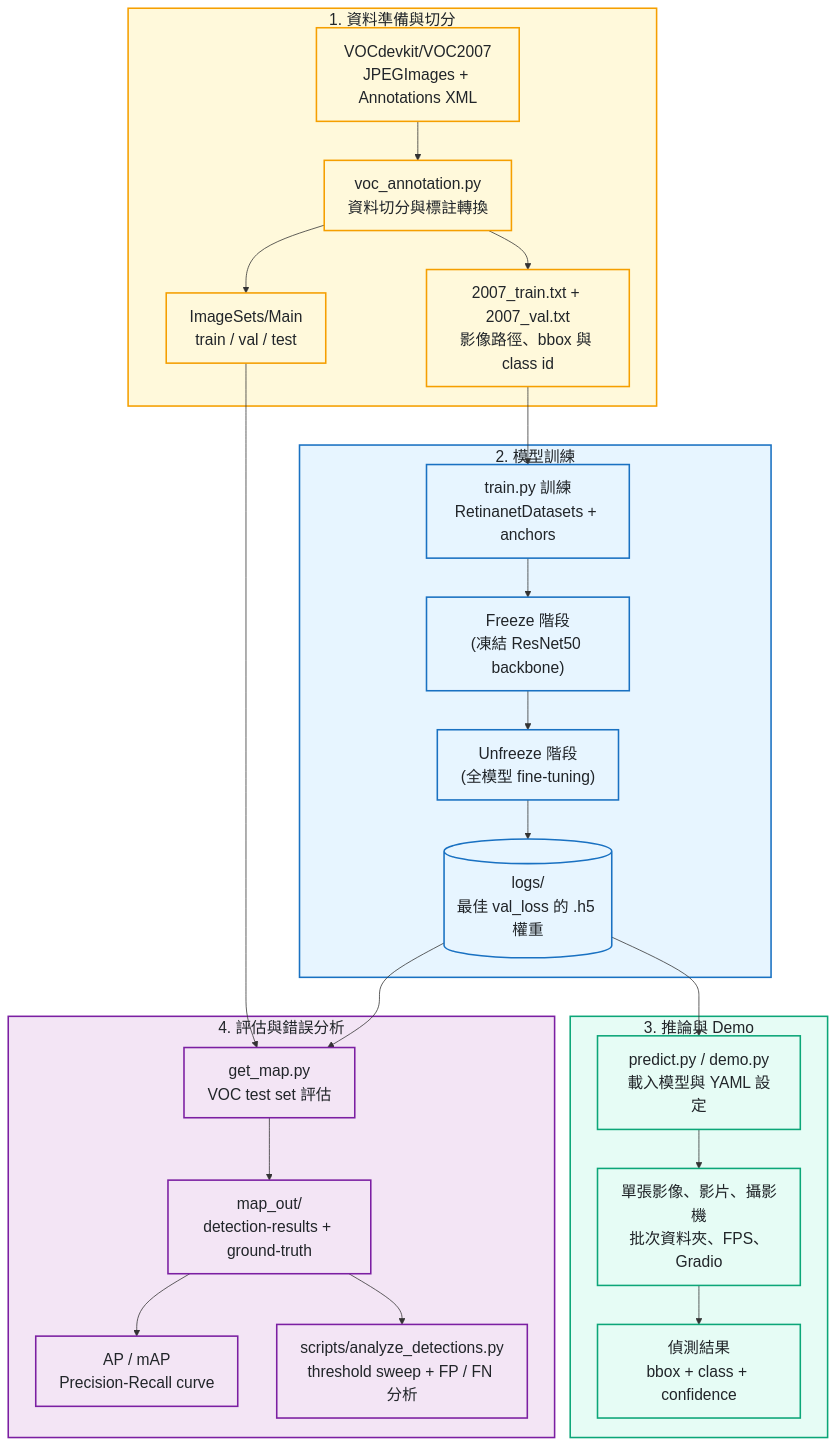
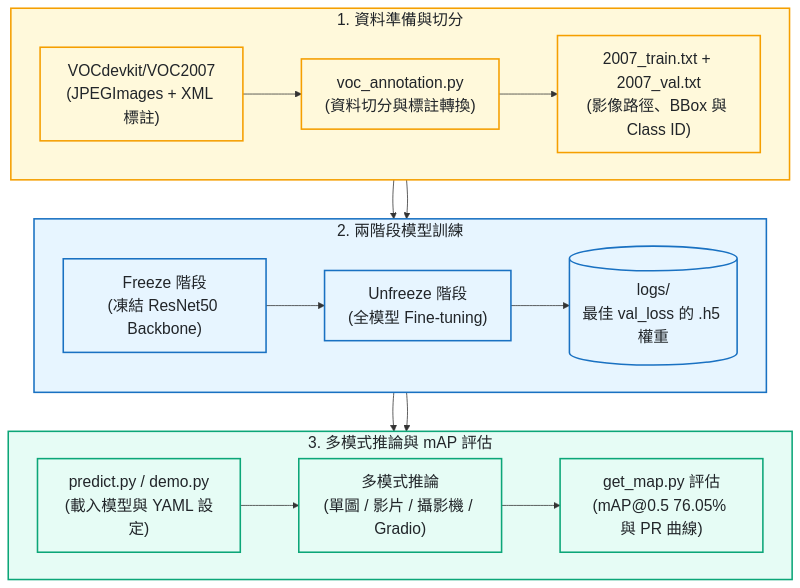
The first of 2 diagrams in README.md (kuotunyu/retinanet-face-mask-detection), drawn with Mermaid before and after one commit. The commit also changed other lines of this file, not shown here.

Commit message:
docs: upgrade flowcharts to Hybrid TD+LR layout with Traditional Chinese prose and English technical terms

````diff
--- a/README.md
+++ b/README.md
@@ -31,39 +31,28 @@
 ```mermaid
 %%{init: {'themeVariables': {'fontSize': '20px'}}}%%
 flowchart TD
     subgraph Preparation ["1. 資料準備與切分"]
-        Dataset["VOCdevkit/VOC2007<br/>JPEGImages + Annotations XML"] --> Annotation["voc_annotation.py<br/>資料切分與標註轉換"]
-        Annotation --> Splits["ImageSets/Main<br/>train / val / test"]
-        Annotation --> TrainLists["2007_train.txt + 2007_val.txt<br/>影像路徑、bbox 與 class id"]
+        direction LR
+        Dataset["VOCdevkit/VOC2007<br/>(JPEGImages + XML 標註)"] --> Annotation["voc_annotation.py<br/>(資料切分與標註轉換)"] --> TrainLists["2007_train.txt + 2007_val.txt<br/>(影像路徑、BBox 與 Class ID)"]
     end
 
-    subgraph Training ["2. 模型訓練"]
-        TrainLists --> Train["train.py 訓練<br/>RetinanetDatasets + anchors"]
-        Train --> Freeze["Freeze 階段<br/>(凍結 ResNet50 backbone)"]
-        Freeze --> Unfreeze["Unfreeze 階段<br/>(全模型 fine-tuning)"]
-        Unfreeze --> Weights[("logs/<br/>最佳 val_loss 的 .h5 權重")]
+    subgraph Training ["2. 兩階段模型訓練"]
+        direction LR
+        TrainLists --> Freeze["Freeze 階段<br/>(凍結 ResNet50 Backbone)"] --> Unfreeze["Unfreeze 階段<br/>(全模型 Fine-tuning)"] --> Weights[("logs/<br/>最佳 val_loss 的 .h5 權重")]
     end
 
-    subgraph Application ["3. 推論與 Demo"]
-        Weights --> Inference["predict.py / demo.py<br/>載入模型與 YAML 設定"]
-        Inference --> Modes["單張影像、影片、攝影機<br/>批次資料夾、FPS、Gradio"]
-        Modes --> Visuals["偵測結果<br/>bbox + class + confidence"]
+    subgraph Application ["3. 多模式推論與 mAP 評估"]
+        direction LR
+        Weights --> Inference["predict.py / demo.py<br/>(載入模型與 YAML 設定)"] --> Modes["多模式推論<br/>(單圖 / 影片 / 攝影機 / Gradio)"] --> Map["get_map.py 評估<br/>(mAP@0.5 76.05% 與 PR 曲線)"]
     end
 
-    subgraph Evaluation ["4. 評估與錯誤分析"]
-        Weights & Splits --> Map["get_map.py<br/>VOC test set 評估"]
-        Map --> MapOut["map_out/<br/>detection-results + ground-truth"]
-        MapOut --> Metrics["AP / mAP<br/>Precision-Recall curve"]
-        MapOut --> Analysis["scripts/analyze_detections.py<br/>threshold sweep + FP / FN 分析"]
-    end
+    Preparation --> Training --> Application
 
     classDef prepStyle fill:#fff9db,stroke:#f59f00,stroke-width:2px,color:#212529
     classDef trainStyle fill:#e7f5ff,stroke:#1971c2,stroke-width:2px,color:#212529
     classDef appStyle fill:#e6fcf5,stroke:#0ca678,stroke-width:2px,color:#212529
-    classDef evalStyle fill:#f3e5f5,stroke:#7b1fa2,stroke-width:2px,color:#212529
 
-    class Preparation,Dataset,Annotation,Splits,TrainLists prepStyle
-    class Training,Train,Freeze,Unfreeze,Weights trainStyle
-    class Application,Inference,Modes,Visuals appStyle
-    class Evaluation,Map,MapOut,Metrics,Analysis evalStyle
+    class Preparation,Dataset,Annotation,TrainLists prepStyle
+    class Training,Freeze,Unfreeze,Weights trainStyle
+    class Application,Inference,Modes,Map appStyle
 ```
````
